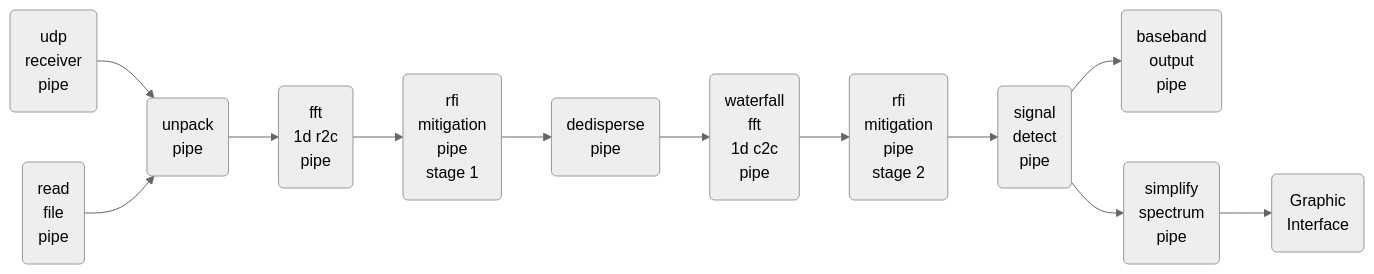
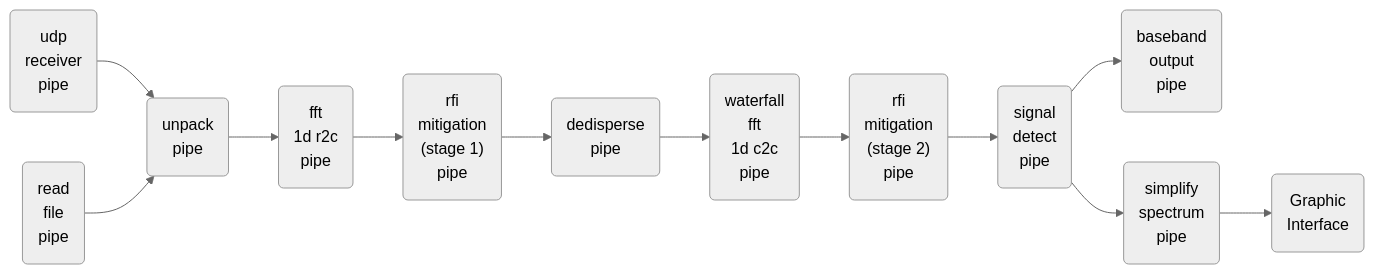
The first of 2 diagrams in README.md (fxzjshm/simple-radio-telescope-backend), drawn with Mermaid (neutral theme) before and after one commit. The commit also changed other lines of this file and 6 other files, not shown here.

Commit message:
[userspace] pipeline: separate rfi_mitigation_s2_pipe

````diff
--- a/README.md
+++ b/README.md
@@ -36,23 +36,23 @@
 ```mermaid
 graph LR;
   udp_receiver_pipe(udp <br/> receiver <br/> pipe);
   read_file_pipe(read <br/> file <br/> pipe);
   unpack_pipe(unpack <br/> pipe);
   fft_1d_r2c_pipe(fft <br/> 1d r2c <br/> pipe);
-  rfi_mitigation_pipe_stage1(rfi <br/> mitigation <br/> pipe <br/> stage 1);
+  rfi_mitigation_s1_pipe("rfi <br/> mitigation <br/> (stage 1) <br/> pipe");
   dedisperse_pipe(dedisperse <br/> pipe);
   watfft_1d_c2c_pipe(waterfall <br/> fft <br/> 1d c2c <br/> pipe);
-  rfi_mitigation_pipe_stage2(rfi <br/> mitigation <br/> pipe <br/> stage 2);
+  rfi_mitigation_s2_pipe("rfi <br/> mitigation <br/> (stage 2) <br/> pipe");
   signal_detect_pipe(signal <br/> detect <br/> pipe);
   baseband_output_pipe(baseband <br/> output <br/> pipe);
   simplify_spectrum_pipe(simplify <br/> spectrum <br/> pipe);
   gui(Graphic <br/> Interface);
 
   udp_receiver_pipe --> unpack_pipe;
   read_file_pipe --> unpack_pipe;
-  unpack_pipe --> fft_1d_r2c_pipe --> rfi_mitigation_pipe_stage1 --> dedisperse_pipe --> watfft_1d_c2c_pipe --> rfi_mitigation_pipe_stage2 --> signal_detect_pipe;
+  unpack_pipe --> fft_1d_r2c_pipe --> rfi_mitigation_s1_pipe --> dedisperse_pipe --> watfft_1d_c2c_pipe --> rfi_mitigation_s2_pipe --> signal_detect_pipe;
   signal_detect_pipe --> simplify_spectrum_pipe;
   signal_detect_pipe --> baseband_output_pipe;
   baseband_output_pipe
   simplify_spectrum_pipe --> gui
 ```
````
